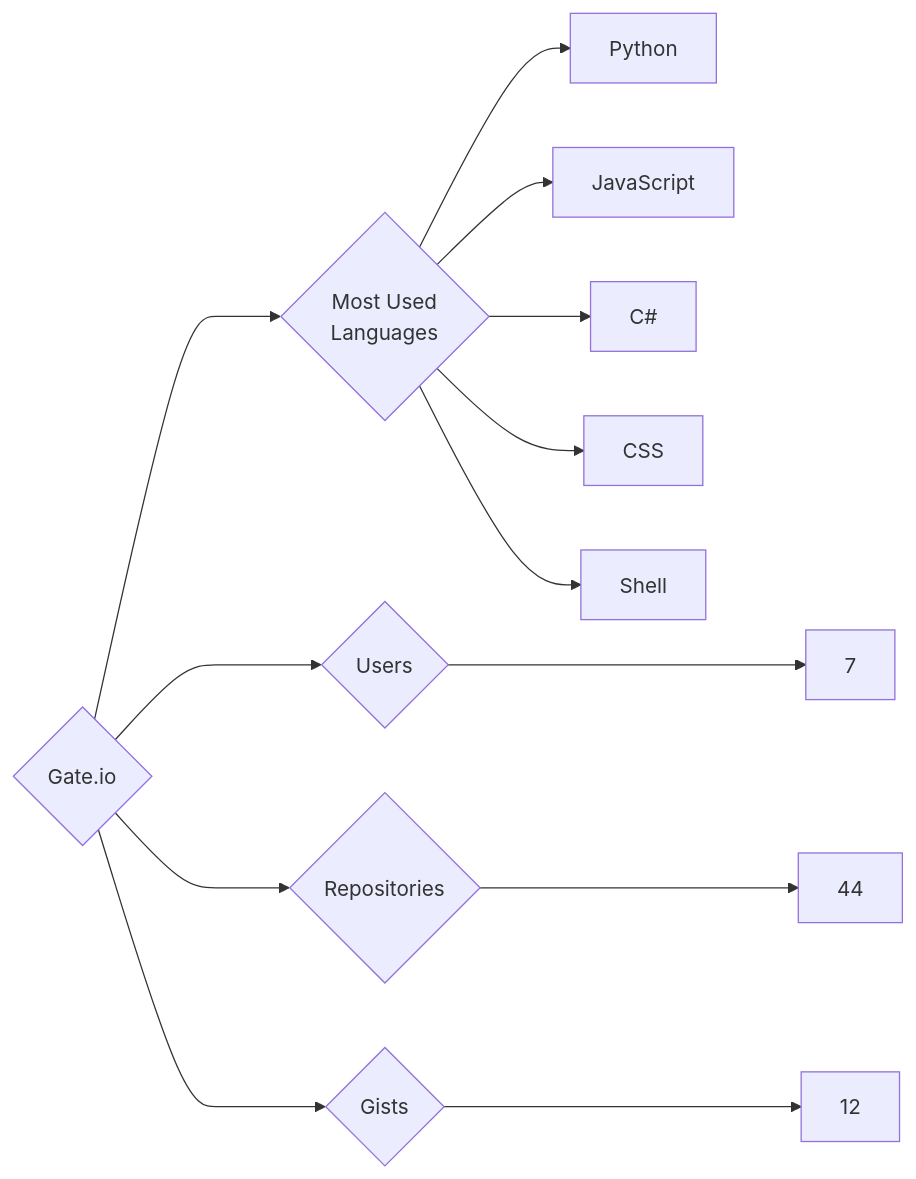
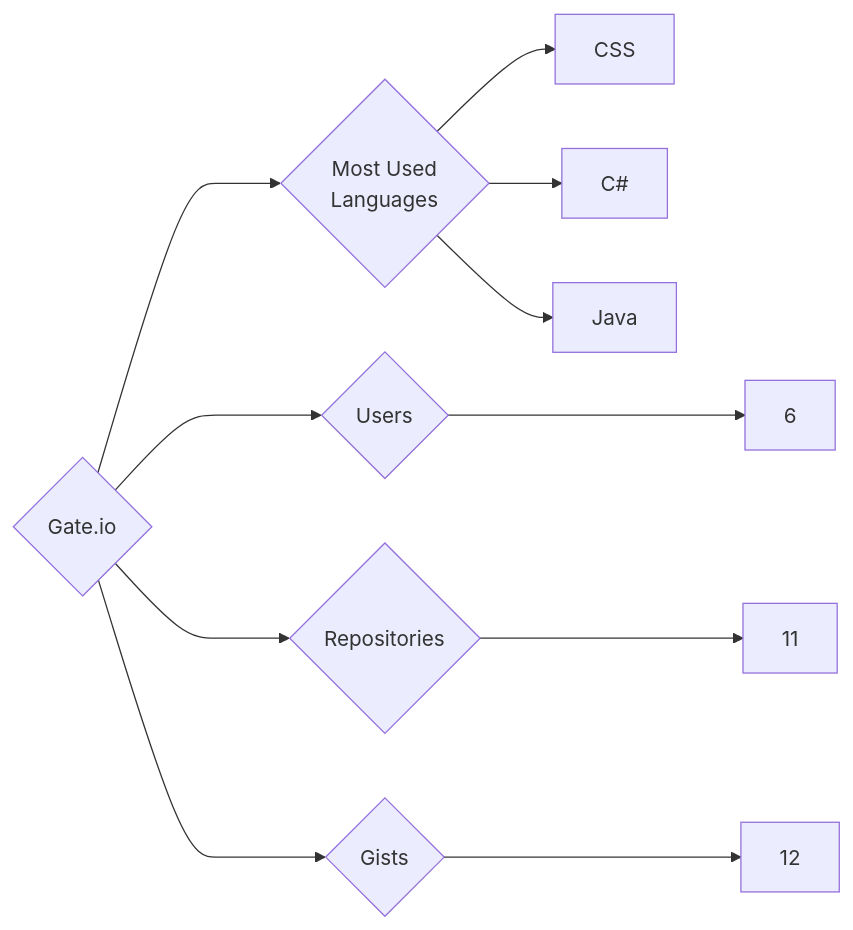
The diagram in targets/Gate.io/README.md (trickest/insiders), drawn with Mermaid before and after one commit. The commit also changed 938 other files, not shown here.

````diff
--- a/targets/Gate.io/README.md
+++ b/targets/Gate.io/README.md
@@ -3,13 +3,11 @@
 ```mermaid
 graph LR
 COMPANY_NAME{Gate.io}
-COMPANY_NAME ---> U{Users} ---> UN[7]
-COMPANY_NAME ---> R{Repositories} ---> RN[44]
+COMPANY_NAME ---> U{Users} ---> UN[6]
+COMPANY_NAME ---> R{Repositories} ---> RN[11]
 COMPANY_NAME ---> G{Gists} ---> GN[12]
 COMPANY_NAME ---> ML{Most Used<br>Languages}
-ML --> Python[Python]
-ML --> JavaScript[JavaScript]
+ML --> CSS[CSS]
 ML --> C#[C#]
-ML --> CSS[CSS]
-ML --> Shell[Shell]
+ML --> Java[Java]
 ```
````
